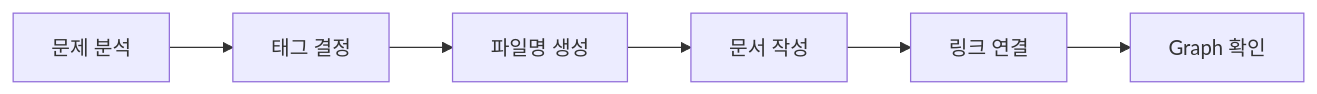
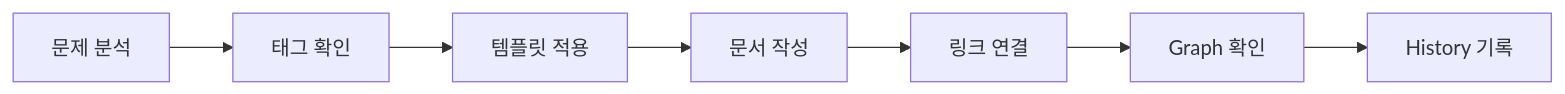
The first of 2 diagrams in README.md (1125yupiter/MercuryDB), drawn with Mermaid before and after one commit. The commit also changed other lines of this file, not shown here.

````diff
--- a/README.md
+++ b/README.md
@@ -114,8 +162,9 @@
 ```mermaid
 graph LR
-    A[문제 분석] --> B[태그 결정]
-    B --> C[파일명 생성]
+    A[문제 분석] --> B[태그 확인]
+    B --> C[템플릿 적용]
     C --> D[문서 작성]
     D --> E[링크 연결]
     E --> F[Graph 확인]
+    F --> G[History 기록]
 ```
````
